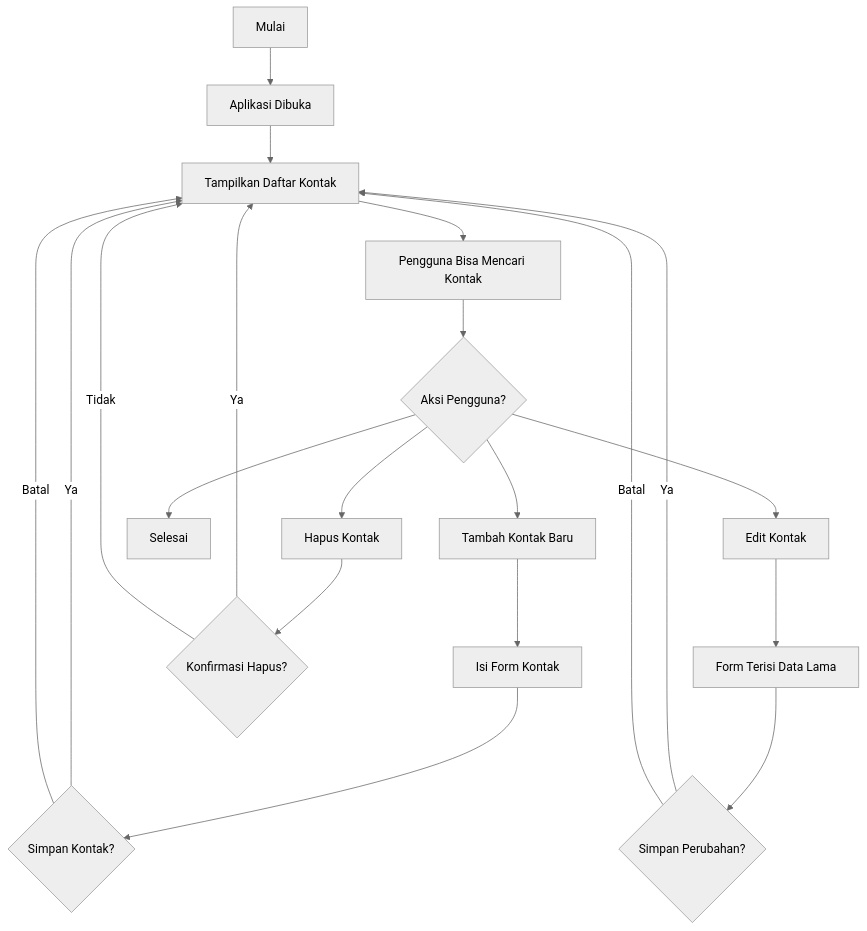
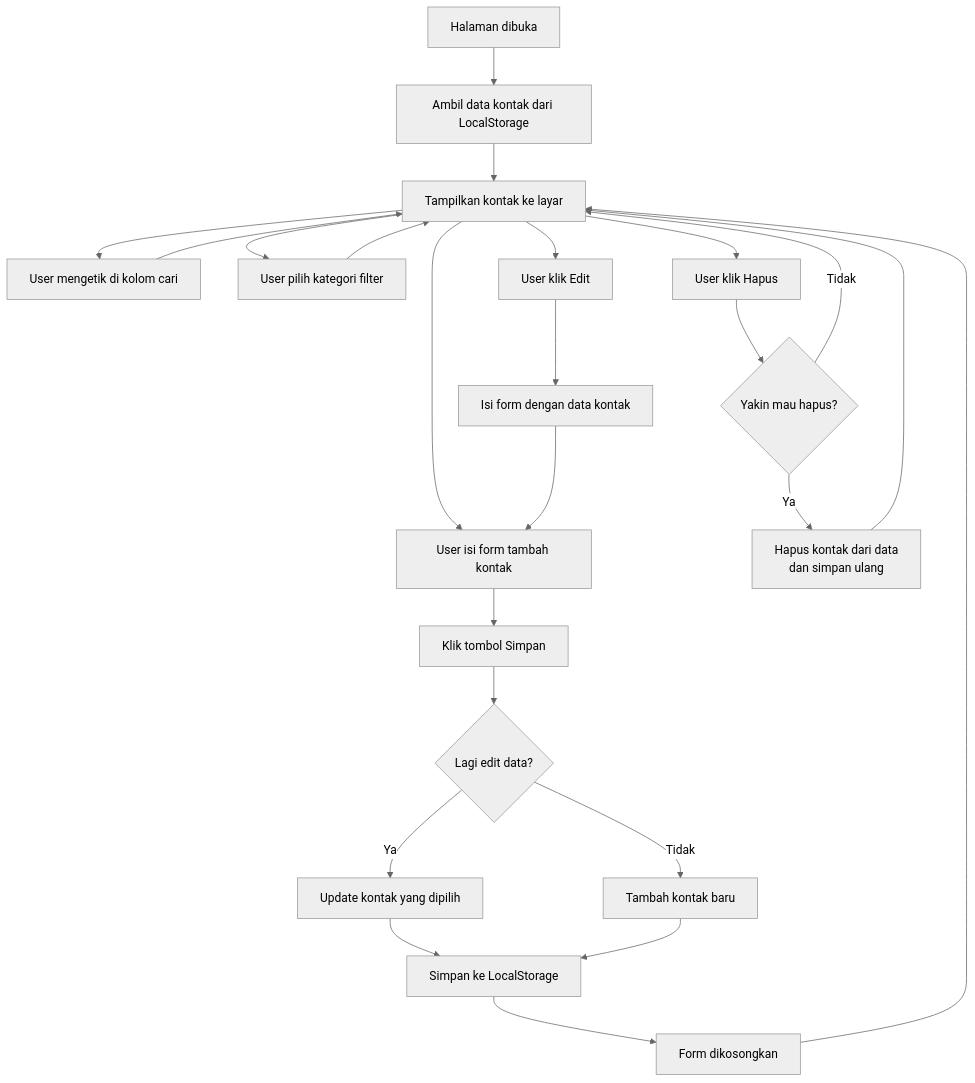
Before and after one commit to daviasherin07/addressbook: the diagram in README.md, drawn with Mermaid (neutral theme).

````diff
--- a/README.md
+++ b/README.md
@@ -19,32 +19,37 @@
 ```mermaid
 flowchart TD
-    A["Mulai"] --> B["Aplikasi Dibuka"]
 
-    B --> C["Tampilkan Daftar Kontak"]
-    C --> D["Pengguna Bisa Mencari Kontak"]
+A[Halaman dibuka] --> B[Ambil data kontak dari LocalStorage]
+B --> C[Tampilkan kontak ke layar]
 
-    D --> E{"Aksi Pengguna?"}
+C --> D[User isi form tambah kontak]
+D --> E[Klik tombol Simpan]
 
-    %% Tambah Kontak
-    E --> F["Tambah Kontak Baru"]
-    F --> G["Isi Form Kontak"]
-    G --> H{"Simpan Kontak?"}
-    H -->|Ya| C
-    H -->|Batal| C
+E --> F{Lagi edit data?}
 
-    %% Edit Kontak
-    E --> I["Edit Kontak"]
-    I --> J["Form Terisi Data Lama"]
-    J --> K{"Simpan Perubahan?"}
-    K -->|Ya| C
-    K -->|Batal| C
+F -- Ya --> G[Update kontak yang dipilih]
+F -- Tidak --> H[Tambah kontak baru]
 
-    %% Hapus Kontak
-    E --> L["Hapus Kontak"]
-    L --> M{"Konfirmasi Hapus?"}
-    M -->|Ya| C
-    M -->|Tidak| C
+G --> I[Simpan ke LocalStorage]
+H --> I[Simpan ke LocalStorage]
 
-    %% Selesai
-    E --> N["Selesai"]
+I --> J[Form dikosongkan]
+J --> C
+
+C --> K[User mengetik di kolom cari]
+K --> C
+
+C --> L[User pilih kategori filter]
+L --> C
+
+C --> M[User klik Edit]
+M --> N[Isi form dengan data kontak]
+N --> D
+
+C --> O[User klik Hapus]
+O --> P{Yakin mau hapus?}
+P -- Ya --> Q[Hapus kontak dari data<br>dan simpan ulang]
+P -- Tidak --> C
+Q --> C
+
 ```
````
